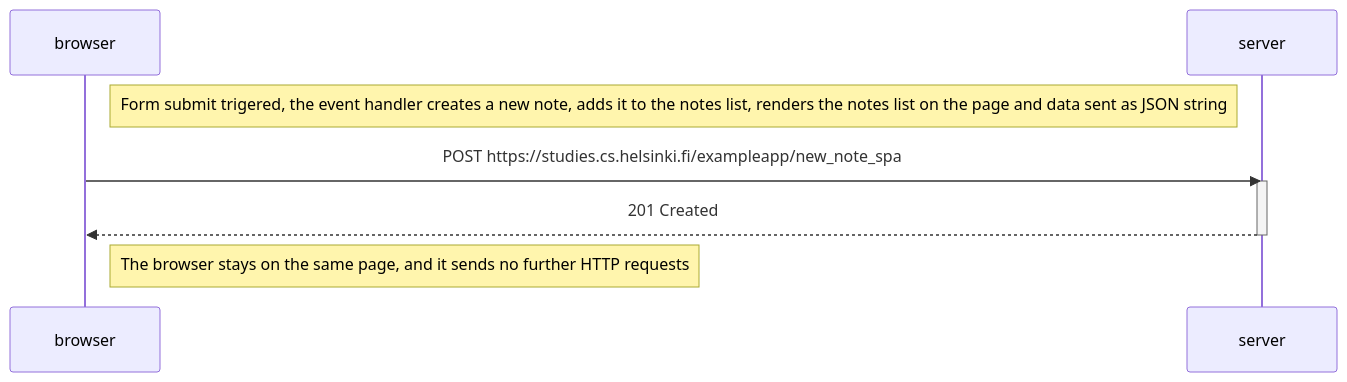
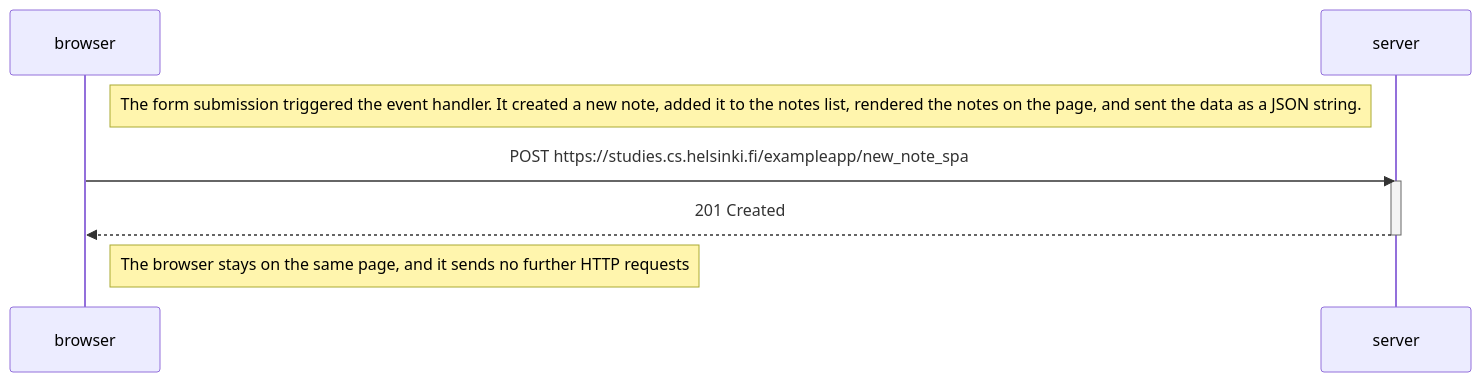
The diagram in part 0/0_6/new_note_spa_diagram.md (spbabiak/fullstackopen), drawn with Mermaid before and after one commit.

Commit message:
refine note submission sequence diagram description

````diff
--- a/part 0/0_6/new_note_spa_diagram.md
+++ b/part 0/0_6/new_note_spa_diagram.md
@@ -1,16 +1,16 @@
 ```mermaid
 
 sequenceDiagram
     participant browser
     participant server
 
-    Note right of browser: Form submit trigered, the event handler creates a new note, adds it to the notes list, renders the notes list on the page and data sent as JSON string
+    Note right of browser: The form submission triggered the event handler. It created a new note, added it to the notes list, rendered the notes on the page, and sent the data as a JSON string.
 
     browser->>server: POST https://studies.cs.helsinki.fi/exampleapp/new_note_spa
     activate server
     server-->>browser: 201 Created
     deactivate server
 
     Note right of browser: The browser stays on the same page, and it sends no further HTTP requests
 
 ```
````
